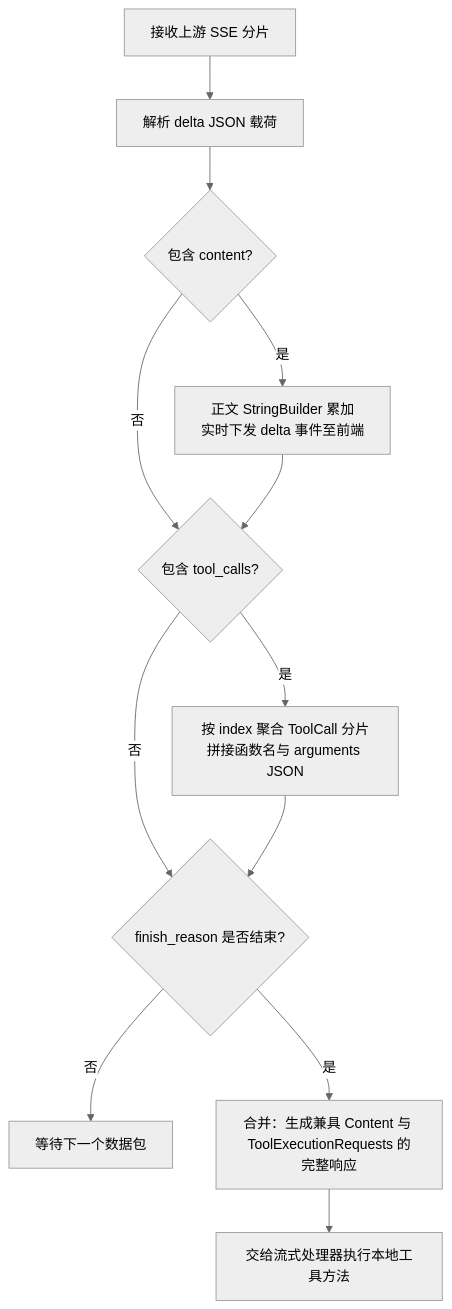
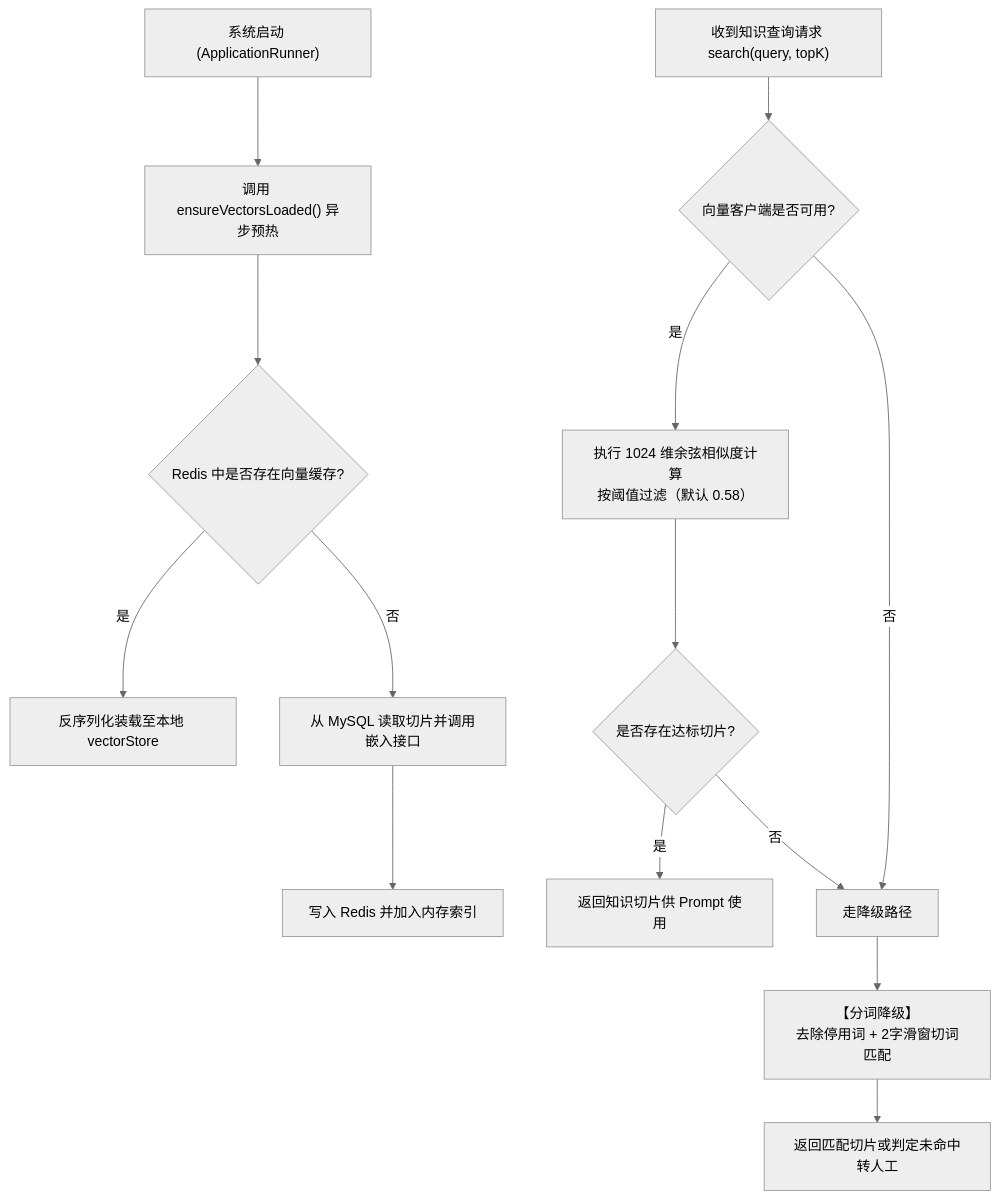
The sixth of 7 diagrams in doc/最终答辩成果物/02_项目开发/10.技术调查/技术调查报告.md (chuanshanjia666/RentAgent), drawn with Mermaid (neutral theme) before and after one commit. The commit also changed other lines of this file and 14 other files, not shown here.

````diff
--- a/doc/最终答辩成果物/02_项目开发/10.技术调查/技术调查报告.md
+++ b/doc/最终答辩成果物/02_项目开发/10.技术调查/技术调查报告.md
@@ -44,14 +275,18 @@
 ```mermaid
 flowchart TD
-    SSE["接收上游 SSE 分片"] --> Parse["解析 delta JSON 载荷"]
-    Parse --> CheckContent{"包含 content?"}
-    CheckContent -->|是| AccumulateContent["正文 StringBuilder 累加<br>实时下发 delta 事件至前端"]
-    CheckContent -->|否| CheckTools{"包含 tool_calls?"}
-    AccumulateContent --> CheckTools
-    CheckTools -->|是| AccumulateTools["按 index 聚合 ToolCall 分片<br>拼接函数名与 arguments JSON"]
-    CheckTools -->|否| CheckFinish{"finish_reason 是否结束?"}
-    AccumulateTools --> CheckFinish
-    CheckFinish -->|否| WaitNext["等待下一个数据包"]
-    CheckFinish -->|是| Finalize["合并：生成兼具 Content 与 ToolExecutionRequests 的完整响应"]
-    Finalize --> Done["交给流式处理器执行本地工具方法"]
+    Init["系统启动 (ApplicationRunner)"] --> Preload["调用 ensureVectorsLoaded() 异步预热"]
+    Preload --> CheckRedis{"Redis 中是否存在向量缓存?"}
+    CheckRedis -->|是| LoadRedis["反序列化装载至本地 vectorStore"]
+    CheckRedis -->|否| LoadDB["从 MySQL 读取切片并调用嵌入接口"]
+    LoadDB --> CacheToRedis["写入 Redis 并加入内存索引"]
+    
+    UserQuery["收到知识查询请求 search(query, topK)"] --> CheckEmbedReady{"向量客户端是否可用?"}
+    CheckEmbedReady -->|是| VectorSearch["执行 1024 维余弦相似度计算<br>按阈值过滤（默认 0.58）"]
+    VectorSearch --> HasResult{"是否存在达标切片?"}
+    HasResult -->|是| ReturnContext["返回知识切片供 Prompt 使用"]
+    HasResult -->|否| Fallback["走降级路径"]
+    CheckEmbedReady -->|否| Fallback
+    
+    Fallback --> KeywordSearch["【分词降级】<br>去除停用词 + 2字滑窗切词匹配"]
+    KeywordSearch --> Output["返回匹配切片或判定未命中转人工"]
 ```
````
